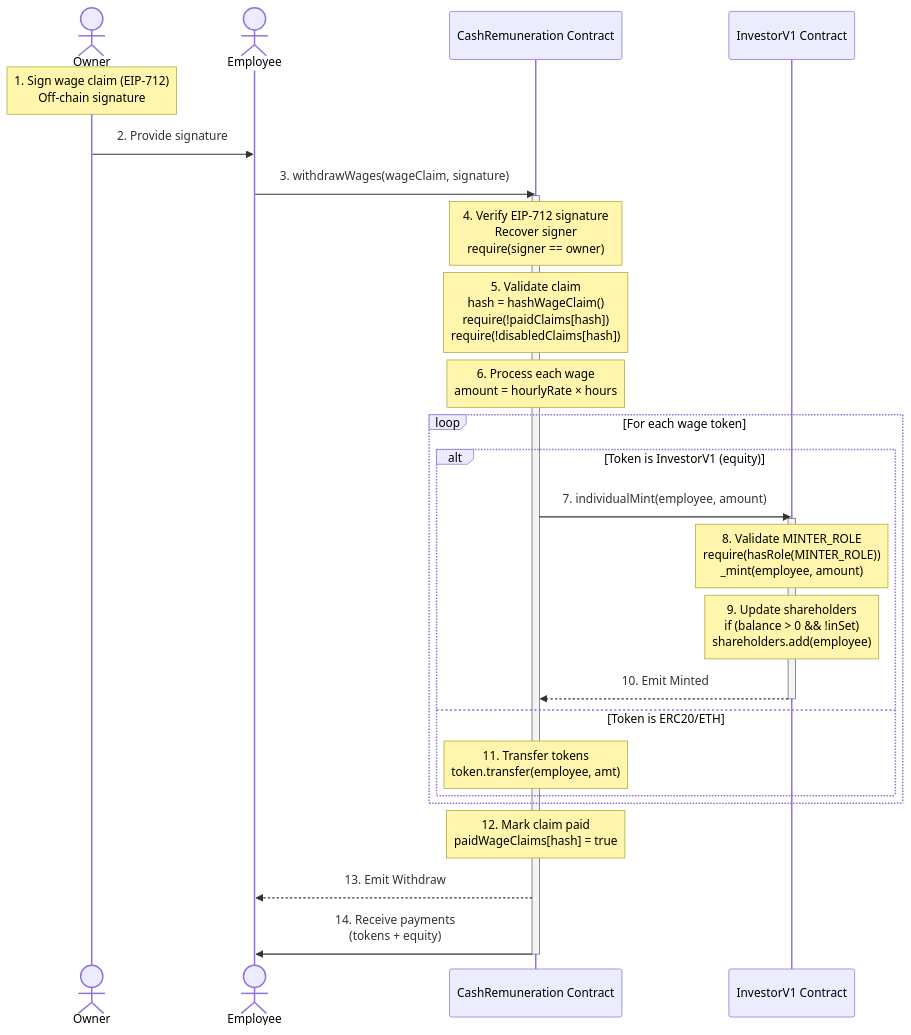
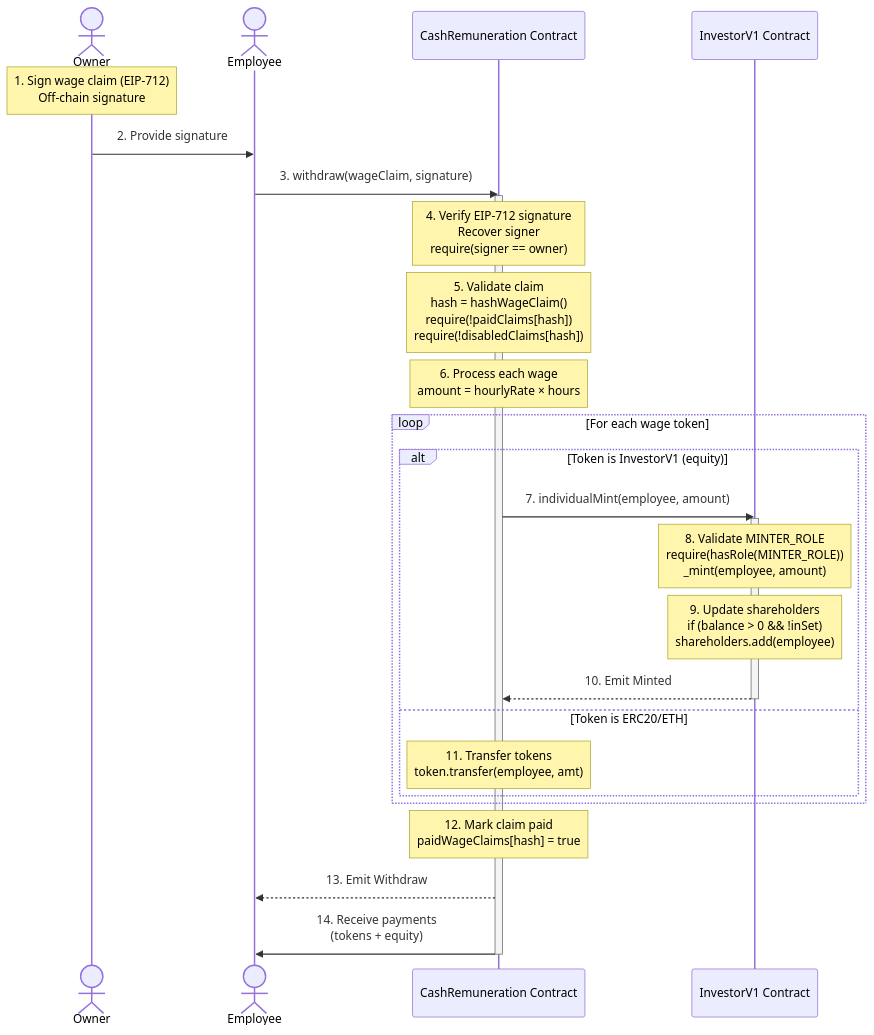
The seventh of 7 diagrams in docs/contracts/contracts-architecture-diagram.md (globe-and-citizen/cnc-portal), drawn with Mermaid before and after one commit. The commit also changed other lines of this file and 3 other files, not shown here.

````diff
--- a/docs/contracts/contracts-architecture-diagram.md
+++ b/docs/contracts/contracts-architecture-diagram.md
@@ -346,38 +345,38 @@
 ```mermaid
 sequenceDiagram
     actor Owner
     actor Employee
     participant CashRem as CashRemuneration Contract
     participant Investor as InvestorV1 Contract
 
     Note over Owner: 1. Sign wage claim (EIP-712)<br/>Off-chain signature
     Owner->>Employee: 2. Provide signature
 
-    Employee->>CashRem: 3. withdrawWages(wageClaim, signature)
+    Employee->>CashRem: 3. withdraw(wageClaim, signature)
 
     activate CashRem
     Note over CashRem: 4. Verify EIP-712 signature<br/>Recover signer<br/>require(signer == owner)
 
     Note over CashRem: 5. Validate claim<br/>hash = hashWageClaim()<br/>require(!paidClaims[hash])<br/>require(!disabledClaims[hash])
 
     Note over CashRem: 6. Process each wage<br/>amount = hourlyRate × hours
 
     loop For each wage token
         alt Token is InvestorV1 (equity)
             CashRem->>Investor: 7. individualMint(employee, amount)
             activate Investor
             Note over Investor: 8. Validate MINTER_ROLE<br/>require(hasRole(MINTER_ROLE))<br/>_mint(employee, amount)
             Note over Investor: 9. Update shareholders<br/>if (balance > 0 && !inSet)<br/>  shareholders.add(employee)
             Investor-->>CashRem: 10. Emit Minted
             deactivate Investor
         else Token is ERC20/ETH
             Note over CashRem: 11. Transfer tokens<br/>token.transfer(employee, amt)
         end
     end
 
     Note over CashRem: 12. Mark claim paid<br/>paidWageClaims[hash] = true
 
     CashRem-->>Employee: 13. Emit Withdraw
     CashRem->>Employee: 14. Receive payments<br/>(tokens + equity)
     deactivate CashRem
 ```
````
